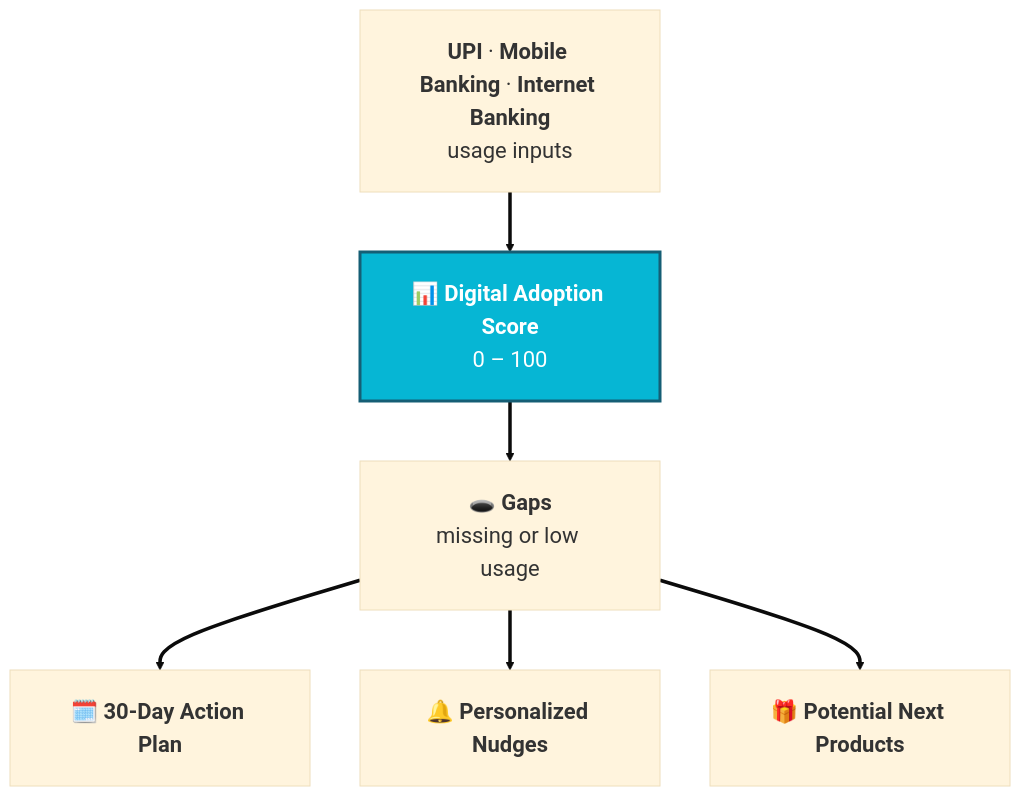
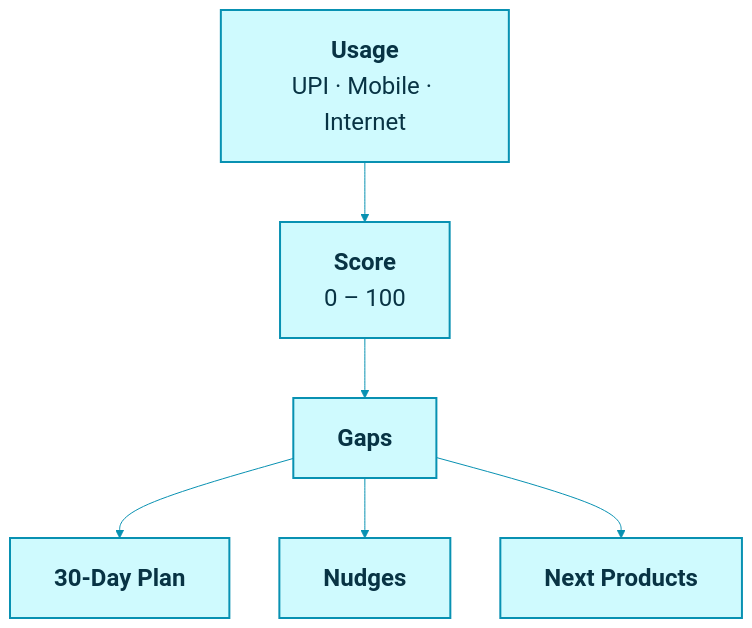
One commit to Mansi232323/MANSHORA changed the ninth of 13 diagrams in README.md. Above: the diagram before and after it, drawn with Mermaid. The commit also changed other lines of this file, not shown here.

````diff
--- a/README.md
+++ b/README.md
@@ -408,11 +331,10 @@
 ```mermaid
-%%{init: {'theme':'base','themeVariables':{'fontSize':'22px'},'flowchart':{'nodeSpacing':50,'rankSpacing':60,'padding':25,'htmlLabels':true}}}%%
+%%{init: {'theme':'base','themeVariables':{'fontSize':'24px','lineColor':'#0891b2'},'flowchart':{'nodeSpacing':50,'rankSpacing':60,'padding':22,'htmlLabels':true}}}%%
 flowchart TB
-    U["<b>UPI</b> · <b>Mobile Banking</b> · <b>Internet Banking</b><br/>usage inputs"]
-    U ==> SC["<b>📊 Digital Adoption Score</b><br/>0 – 100"]
-    SC ==> GP["<b>🕳️ Gaps</b><br/>missing or low usage"]
-    GP ==> P1["<b>🗓️ 30-Day Action Plan</b>"]
-    GP ==> P2["<b>🔔 Personalized Nudges</b>"]
-    GP ==> P3["<b>🎁 Potential Next Products</b>"]
-    style SC fill:#06b6d4,color:#fff,stroke:#155e75,stroke-width:3px
+    U["<b>Usage</b><br/>UPI · Mobile · Internet"] --> S["<b>Score</b><br/>0 – 100"] --> G["<b>Gaps</b>"]
+    G --> P["<b>30-Day Plan</b>"]
+    G --> N["<b>Nudges</b>"]
+    G --> X["<b>Next Products</b>"]
+    classDef a fill:#cffafe,stroke:#0891b2,stroke-width:2px,color:#083344
+    class U,S,G,P,N,X a
 ```
````
